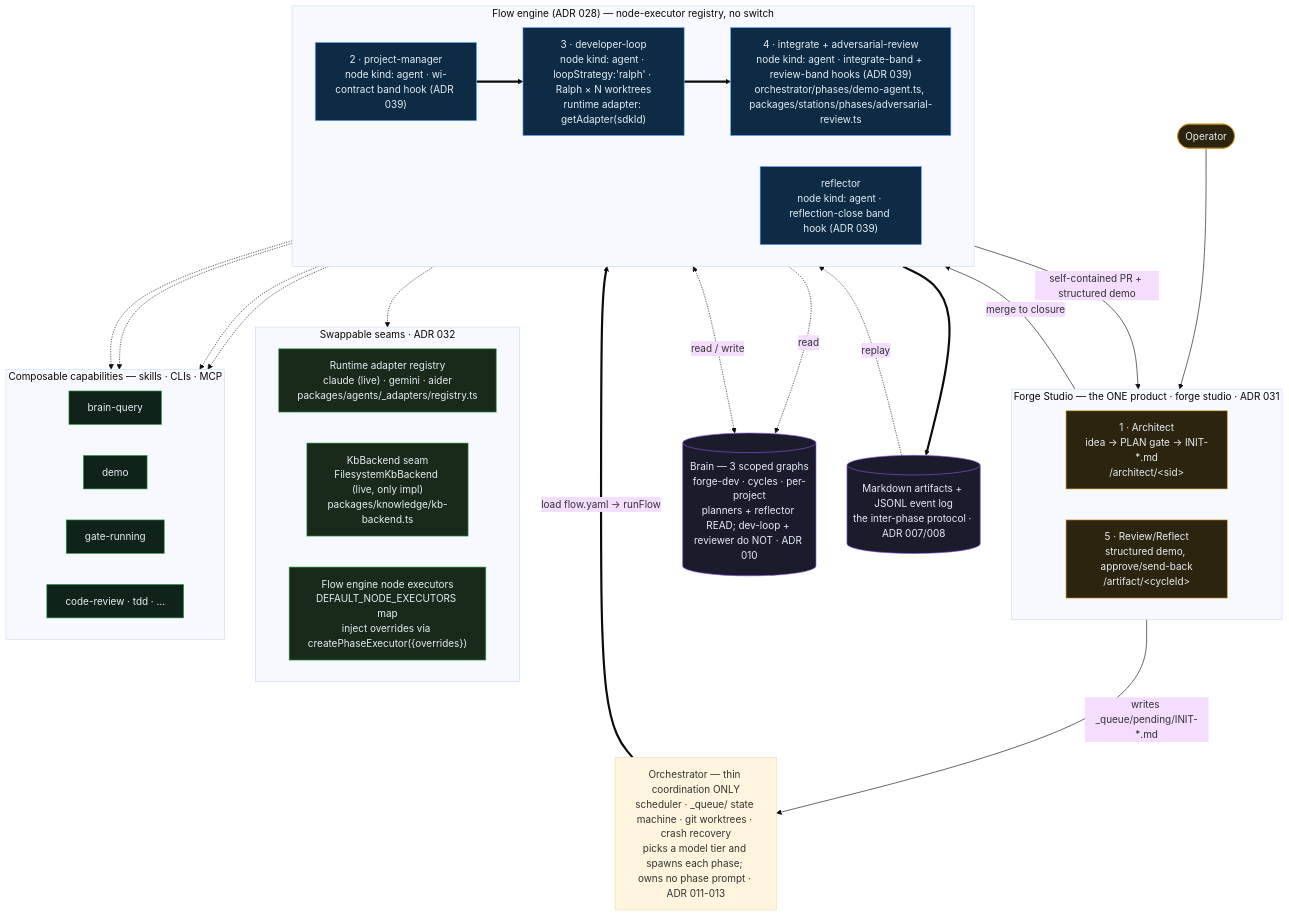
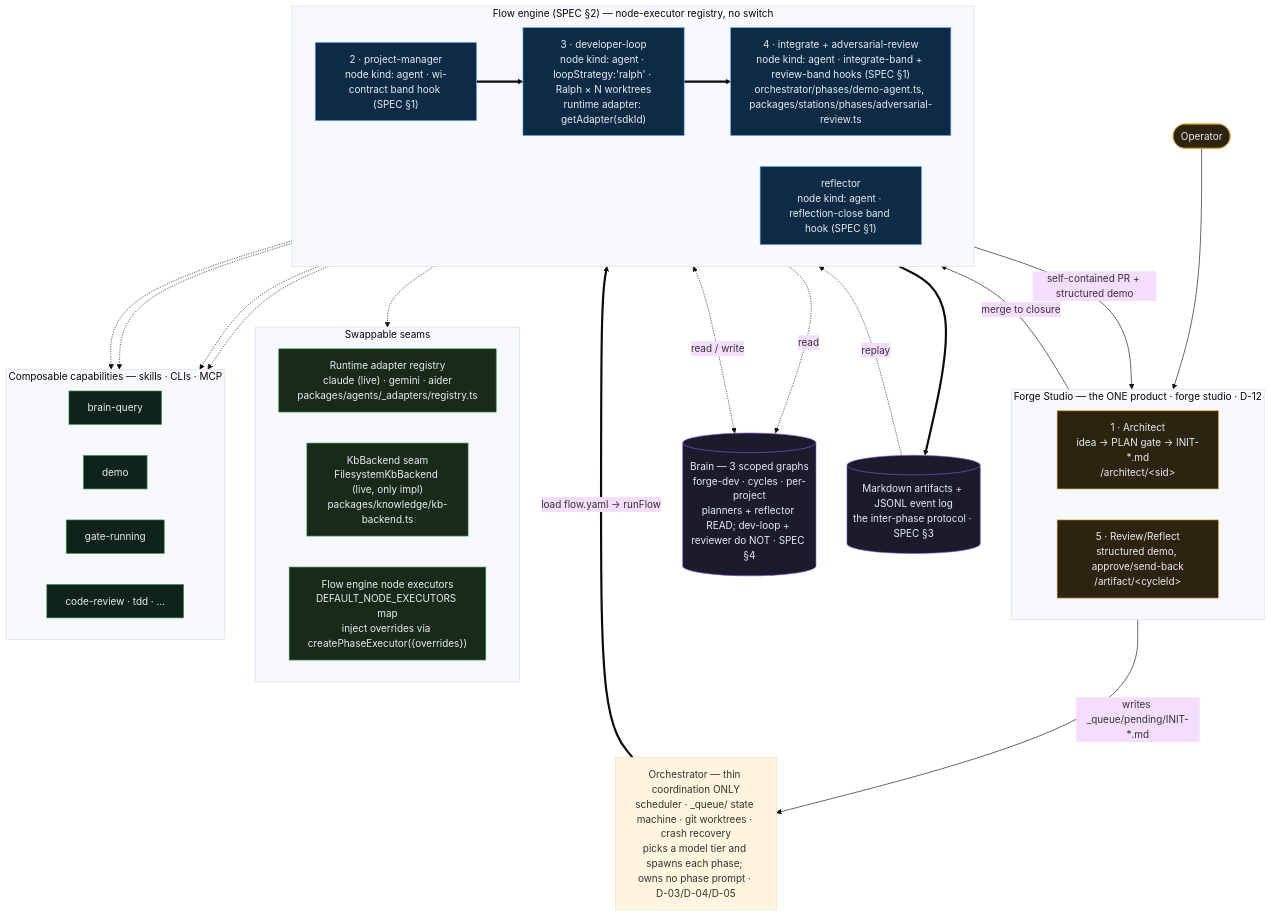
One commit to parsoFish/forge-studio changed the diagram in ARCHITECTURE.md. Above: the diagram before and after it, drawn with Mermaid (base theme). The commit also changed other lines of this file and 23 other files, not shown here.

````diff
--- a/ARCHITECTURE.md
+++ b/ARCHITECTURE.md
@@ -54,65 +54,65 @@
 ```mermaid
 flowchart TB
     OP(["Operator"])
 
-    subgraph STUDIO["Forge Studio — the ONE product · forge studio · ADR 031"]
+    subgraph STUDIO["Forge Studio — the ONE product · forge studio · D-12"]
         direction LR
         AR["1 · Architect<br/>idea → PLAN gate → INIT-*.md<br/>/architect/&lt;sid&gt;"]
         RV["5 · Review/Reflect<br/>structured demo, approve/send-back<br/>/artifact/&lt;cycleId&gt;"]
     end
 
-    ORCH["Orchestrator — thin coordination ONLY<br/>scheduler · _queue/ state machine · git worktrees · crash recovery<br/>picks a model tier and spawns each phase; owns no phase prompt · ADR 011-013"]
+    ORCH["Orchestrator — thin coordination ONLY<br/>scheduler · _queue/ state machine · git worktrees · crash recovery<br/>picks a model tier and spawns each phase; owns no phase prompt · D-03/D-04/D-05"]
 
-    subgraph ENGINE["Flow engine (ADR 028) — node-executor registry, no switch"]
+    subgraph ENGINE["Flow engine (SPEC §2) — node-executor registry, no switch"]
         direction LR
-        PM["2 · project-manager<br/>node kind: agent · wi-contract band hook (ADR 039)"]
+        PM["2 · project-manager<br/>node kind: agent · wi-contract band hook (SPEC §1)"]
         DV["3 · developer-loop<br/>node kind: agent · loopStrategy:'ralph' · Ralph × N worktrees<br/>runtime adapter: getAdapter(sdkId)"]
-        UN["4 · integrate + adversarial-review<br/>node kind: agent · integrate-band + review-band hooks (ADR 039)<br/>orchestrator/phases/demo-agent.ts, packages/stations/phases/adversarial-review.ts"]
-        RFL["reflector<br/>node kind: agent · reflection-close band hook (ADR 039)"]
+        UN["4 · integrate + adversarial-review<br/>node kind: agent · integrate-band + review-band hooks (SPEC §1)<br/>orchestrator/phases/demo-agent.ts, packages/stations/phases/adversarial-review.ts"]
+        RFL["reflector<br/>node kind: agent · reflection-close band hook (SPEC §1)"]
     end
 
-    subgraph SEAMS["Swappable seams · ADR 032"]
+    subgraph SEAMS["Swappable seams"]
         direction LR
         RA["Runtime adapter registry<br/>claude (live) · gemini · aider<br/>packages/agents/_adapters/registry.ts"]
         KB["KbBackend seam<br/>FilesystemKbBackend (live, only impl)<br/>packages/knowledge/kb-backend.ts"]
         FE["Flow engine node executors<br/>DEFAULT_NODE_EXECUTORS map<br/>inject overrides via createPhaseExecutor({overrides})"]
     end
 
     subgraph CAP["Composable capabilities — skills · CLIs · MCP"]
         direction LR
         C1["brain-query"]
         C2["demo"]
         C3["gate-running"]
         C4["code-review · tdd · …"]
     end
 
-    BRAIN[("Brain — 3 scoped graphs<br/>forge-dev · cycles · per-project<br/>planners + reflector READ; dev-loop + reviewer do NOT · ADR 010")]
-    LOG[("Markdown artifacts + JSONL event log<br/>the inter-phase protocol · ADR 007/008")]
+    BRAIN[("Brain — 3 scoped graphs<br/>forge-dev · cycles · per-project<br/>planners + reflector READ; dev-loop + reviewer do NOT · SPEC §4")]
+    LOG[("Markdown artifacts + JSONL event log<br/>the inter-phase protocol · SPEC §3")]
 
     OP --> STUDIO
     AR -->|"writes _queue/pending/INIT-*.md"| ORCH
     ORCH ==>|"load flow.yaml → runFlow"| PM
     PM ==> DV ==> UN
     UN -->|"self-contained PR + structured demo"| RV
     RV -->|"merge to closure"| RFL
     ENGINE -.-> SEAMS
     PM -.-> CAP
     DV -.-> CAP
     UN -.-> CAP
     RFL -.-> CAP
     PM -.->|read| BRAIN
     RFL <-.->|read / write| BRAIN
     ENGINE ==> LOG
     LOG -.->|replay| RFL
 
     classDef agent fill:#0d2b45,stroke:#58a6ff,color:#e6edf3;
     classDef seam fill:#1a2a1a,stroke:#2ea043,color:#e6edf3;
     classDef cap fill:#10231a,stroke:#2ea043,color:#e6edf3;
     classDef store fill:#1b1b2b,stroke:#8957e5,color:#e6edf3;
     classDef human fill:#2d2410,stroke:#d29922,color:#e6edf3;
     class PM,DV,UN,RFL agent;
     class RA,KB,FE seam;
     class C1,C2,C3,C4 cap;
     class BRAIN,LOG store;
     class OP,AR,RV human;
 ```
````
